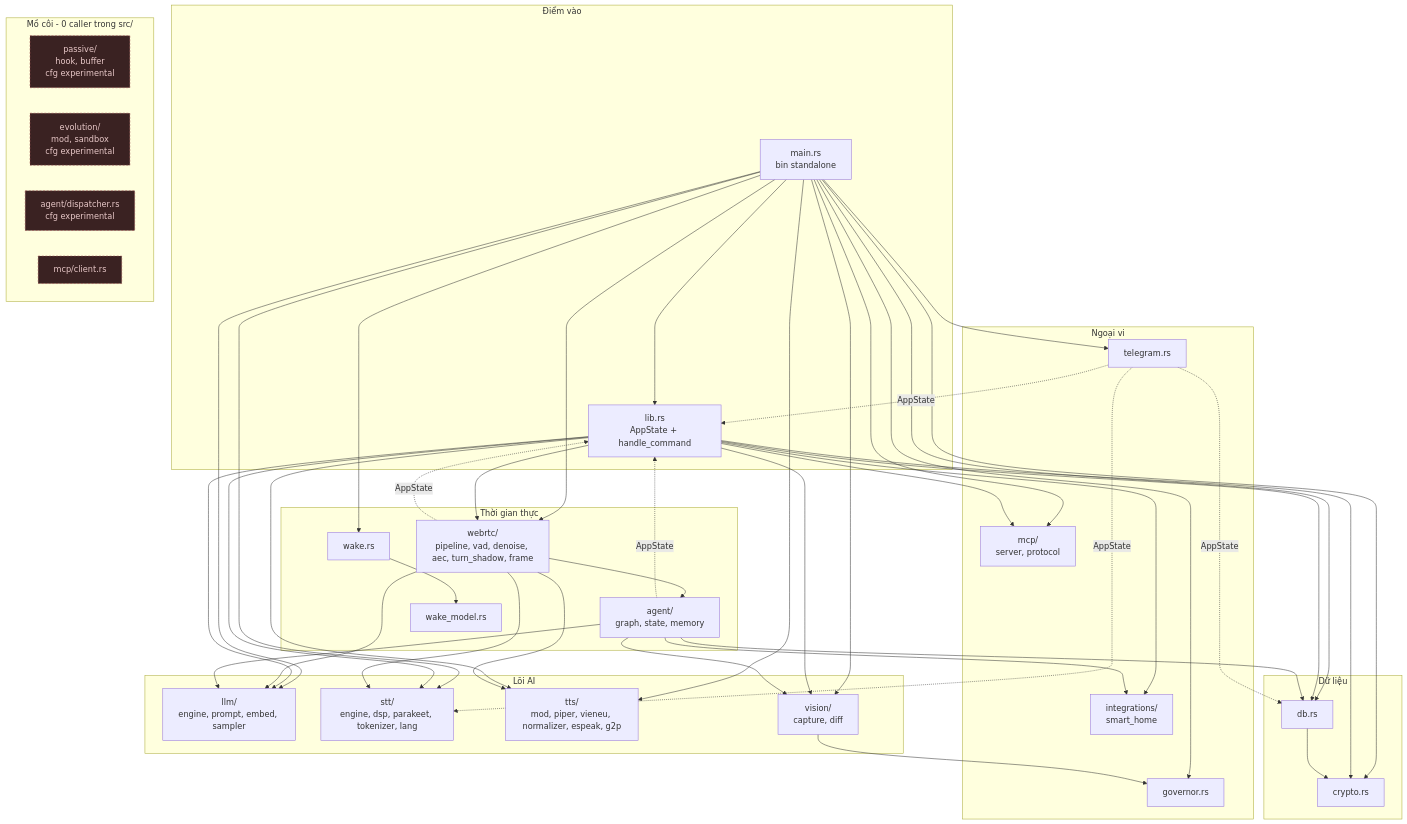
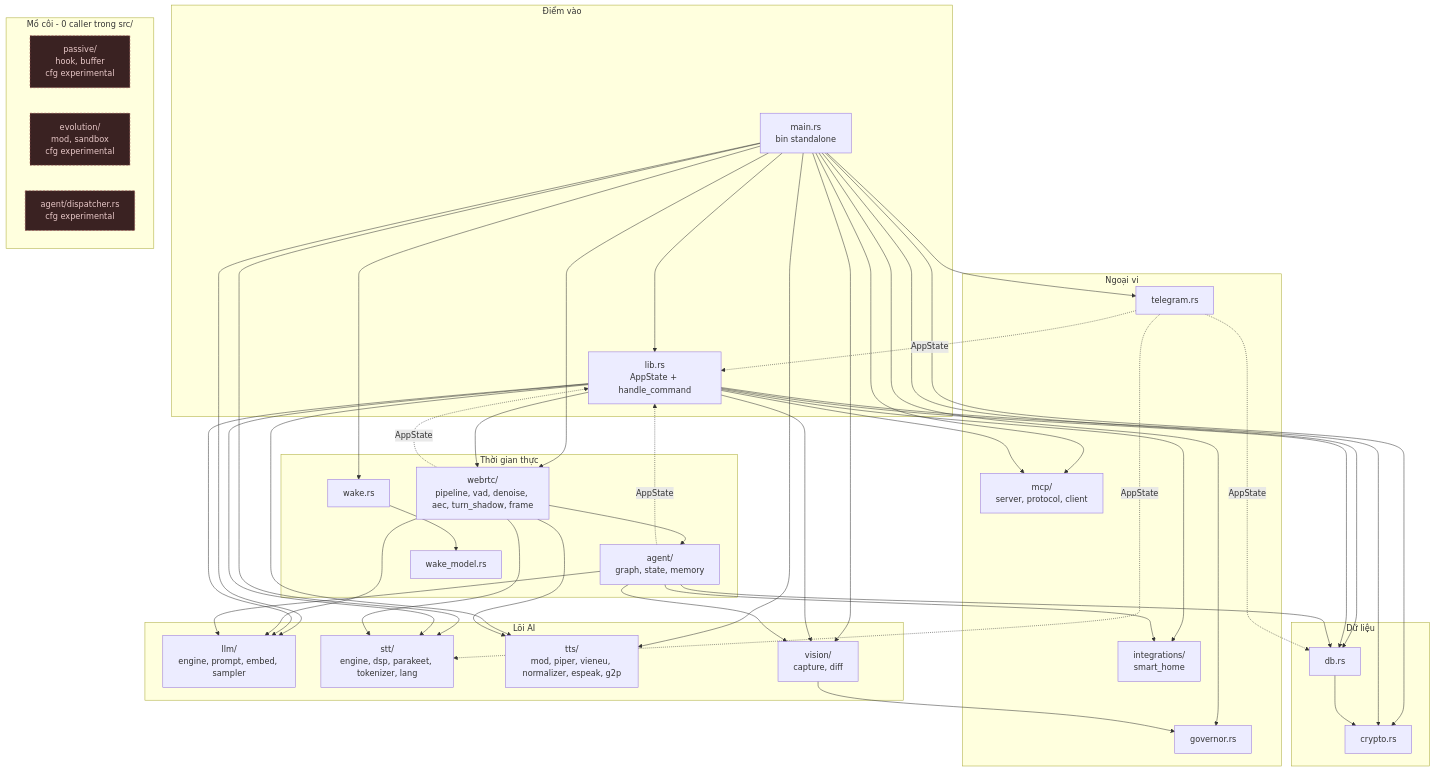
The diagram in docs/01-ban-ve/10-phu-thuoc-module-va-tra-cuu.md (DuongNAD/LIVA), drawn with Mermaid before and after one commit. The commit also changed other lines of this file and 8 other files, not shown here.

````diff
--- a/docs/01-ban-ve/10-phu-thuoc-module-va-tra-cuu.md
+++ b/docs/01-ban-ve/10-phu-thuoc-module-va-tra-cuu.md
@@ -66,7 +66,7 @@
     subgraph EXT["Ngoại vi"]
         tg["telegram.rs"]
         integ["integrations/<br/>smart_home"]
-        mcp["mcp/<br/>server, protocol"]
+        mcp["mcp/<br/>server, protocol, client"]
         gov["governor.rs"]
     end
 
@@ -74,7 +74,6 @@
         passive["passive/<br/>hook, buffer<br/>cfg experimental"]
         evo["evolution/<br/>mod, sandbox<br/>cfg experimental"]
         disp["agent/dispatcher.rs<br/>cfg experimental"]
-        mcpc["mcp/client.rs"]
     end
 
     main --> lib
@@ -122,5 +121,5 @@
     tg -.->|AppState| db
 
     classDef dead fill:#3a2222,stroke:#a05050,stroke-dasharray:4 3,color:#e8c8c8
-    class passive,evo,disp,mcpc dead
+    class passive,evo,disp dead
 ```
````
